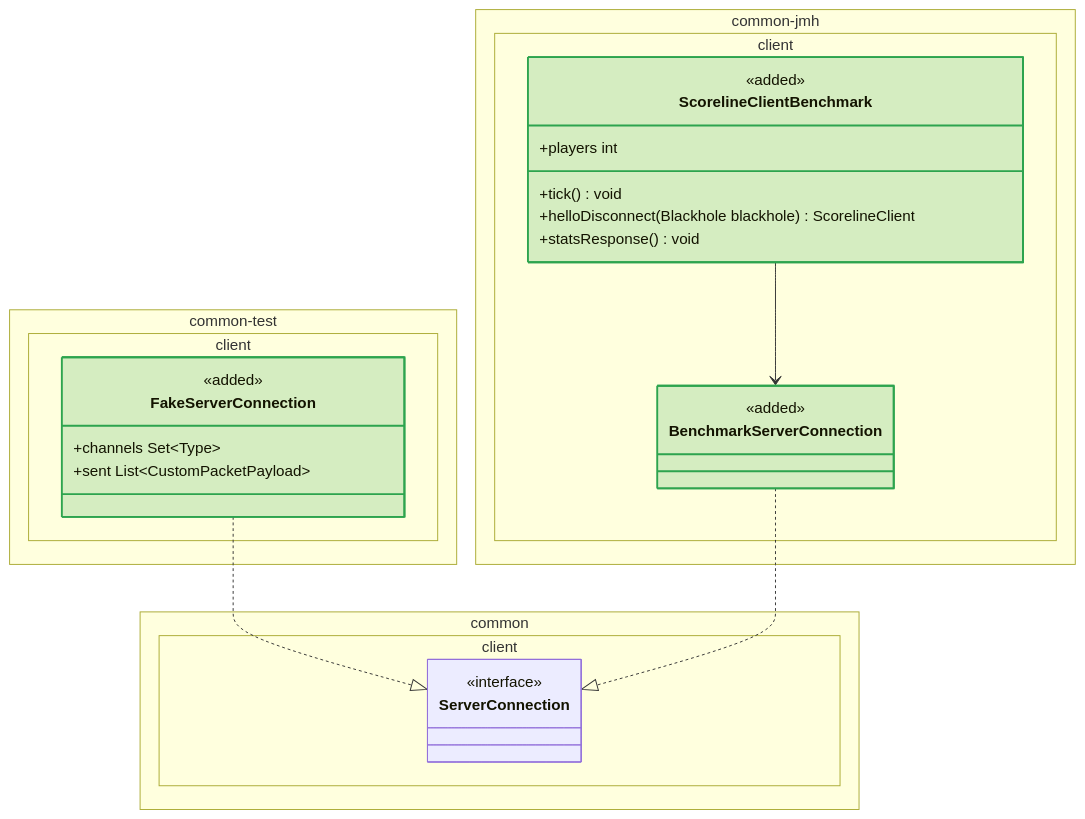
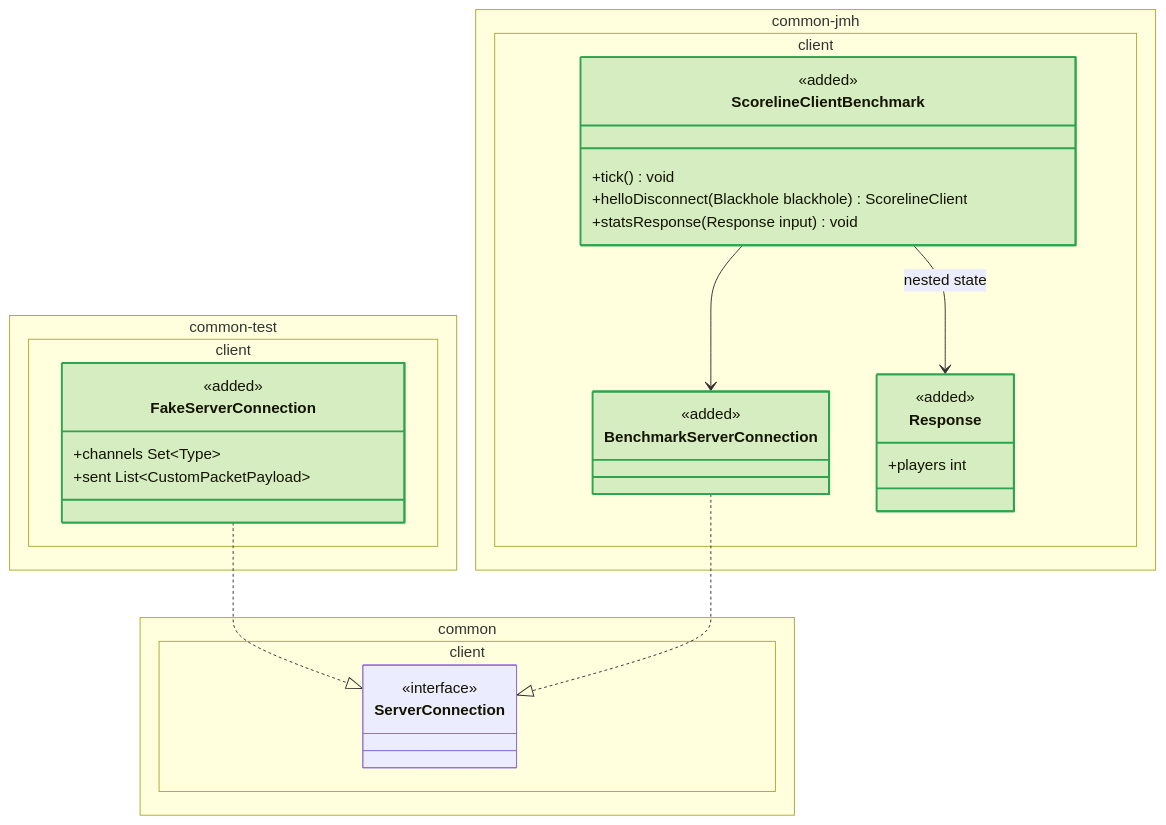
The sixth of 6 diagrams in design/plans/v0.2.1-testability.md (4Source/scoreline-minecraft-mod), drawn with Mermaid before and after one commit. The commit also changed other lines of this file and 5 other files, not shown here.

First line of the commit message:
test(client): add ScorelineClient unit tests and benchmark

````diff
--- a/design/plans/v0.2.1-testability.md
+++ b/design/plans/v0.2.1-testability.md
@@ -601,33 +602,38 @@
 ```mermaid
 classDiagram
     namespace common.client {
         class ServerConnection {
             <<interface>>
         }
     }
     namespace common-test.client {
         class FakeServerConnection {
             <<added>>
             +channels Set~Type~
             +sent List~CustomPacketPayload~
         }
     }
     namespace common-jmh.client {
         class BenchmarkServerConnection {
             <<added>>
         }
         class ScorelineClientBenchmark {
             <<added>>
-            +players int
             +tick() void
             +helloDisconnect(Blackhole blackhole) ScorelineClient
-            +statsResponse() void
+            +statsResponse(Response input) void
+        }
+        class Response {
+            <<added>>
+            +players int
         }
     }
     FakeServerConnection ..|> ServerConnection
     BenchmarkServerConnection ..|> ServerConnection
     ScorelineClientBenchmark --> BenchmarkServerConnection
+    ScorelineClientBenchmark --> Response : nested state
     style FakeServerConnection fill:#2da44e33,stroke:#2da44e,stroke-width:2px
     style BenchmarkServerConnection fill:#2da44e33,stroke:#2da44e,stroke-width:2px
     style ScorelineClientBenchmark fill:#2da44e33,stroke:#2da44e,stroke-width:2px
+    style Response fill:#2da44e33,stroke:#2da44e,stroke-width:2px
 ```
````
